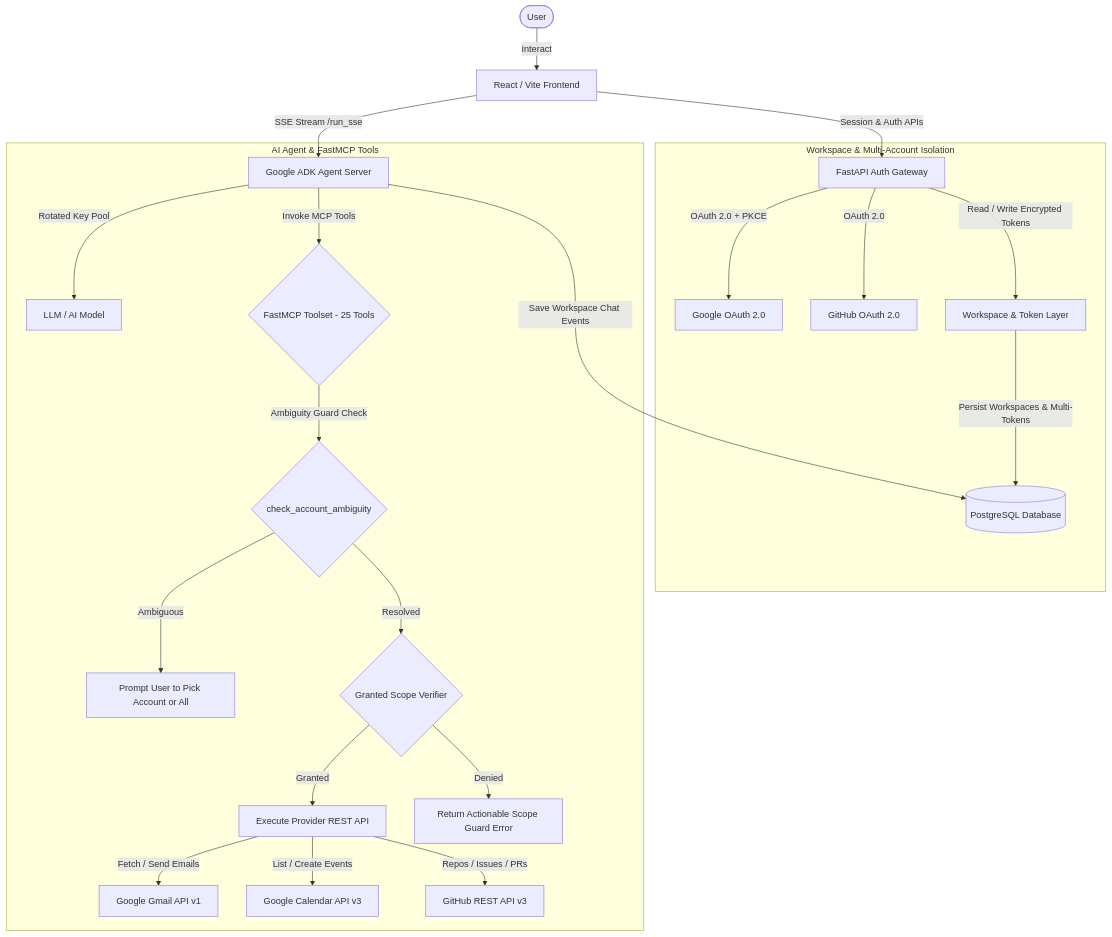
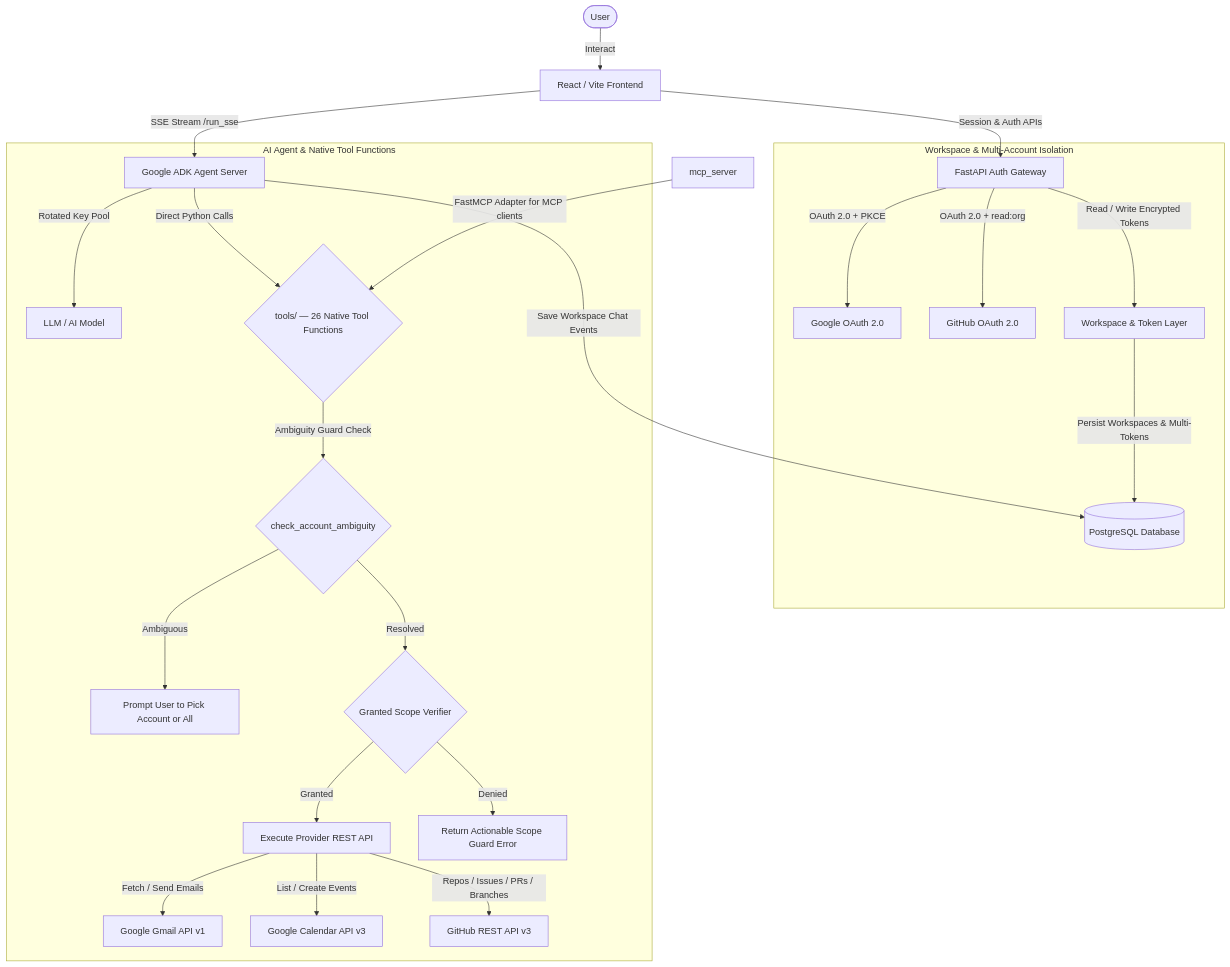
The diagram in README.md (Nikhil-Maheshwari-10/mcp-auth), drawn with Mermaid before and after one commit. The commit also changed other lines of this file and 21 other files, not shown here.

First line of the commit message:
feat: github branch suggestions, tools/ refactor, and agent guardrails

````diff
--- a/README.md
+++ b/README.md
@@ -11,30 +11,31 @@
 ```mermaid
 graph TD
     User([User]) -->|Interact| UI[React / Vite Frontend]
     UI -->|Session & Auth APIs| API[FastAPI Auth Gateway]
     UI -->|SSE Stream /run_sse| ADK[Google ADK Agent Server]
 
     subgraph WorkspaceIsolation["Workspace & Multi-Account Isolation"]
         API -->|OAuth 2.0 + PKCE| GoogleOAuth[Google OAuth 2.0]
-        API -->|OAuth 2.0| GitHubOAuth[GitHub OAuth 2.0]
+        API -->|OAuth 2.0 + read:org| GitHubOAuth[GitHub OAuth 2.0]
         API -->|Read / Write Encrypted Tokens| WorkspaceRepo[Workspace & Token Layer]
         WorkspaceRepo -->|Persist Workspaces & Multi-Tokens| DB[(PostgreSQL Database)]
     end
 
-    subgraph AgentTools["AI Agent & FastMCP Tools"]
+    subgraph AgentTools["AI Agent & Native Tool Functions"]
         ADK -->|Rotated Key Pool| Model[LLM / AI Model]
-        ADK -->|Invoke MCP Tools| Tools{FastMCP Toolset - 25 Tools}
+        ADK -->|Direct Python Calls| Tools{tools/ — 26 Native Tool Functions}
         Tools -->|Ambiguity Guard Check| AmbiguityCheck{check_account_ambiguity}
         AmbiguityCheck -->|Ambiguous| AskUser["Prompt User to Pick Account or All"]
         AmbiguityCheck -->|Resolved| ScopeCheck{Granted Scope Verifier}
 
         ScopeCheck -->|Granted| ToolExec[Execute Provider REST API]
         ScopeCheck -->|Denied| GuardErr[Return Actionable Scope Guard Error]
 
         ToolExec -->|Fetch / Send Emails| GmailAPI[Google Gmail API v1]
         ToolExec -->|List / Create Events| CalAPI[Google Calendar API v3]
-        ToolExec -->|Repos / Issues / PRs| GitHubAPI[GitHub REST API v3]
+        ToolExec -->|Repos / Issues / PRs / Branches| GitHubAPI[GitHub REST API v3]
     end
 
     ADK -->|Save Workspace Chat Events| DB
+    mcp_server -->|FastMCP Adapter for MCP clients| Tools
 ```
````
